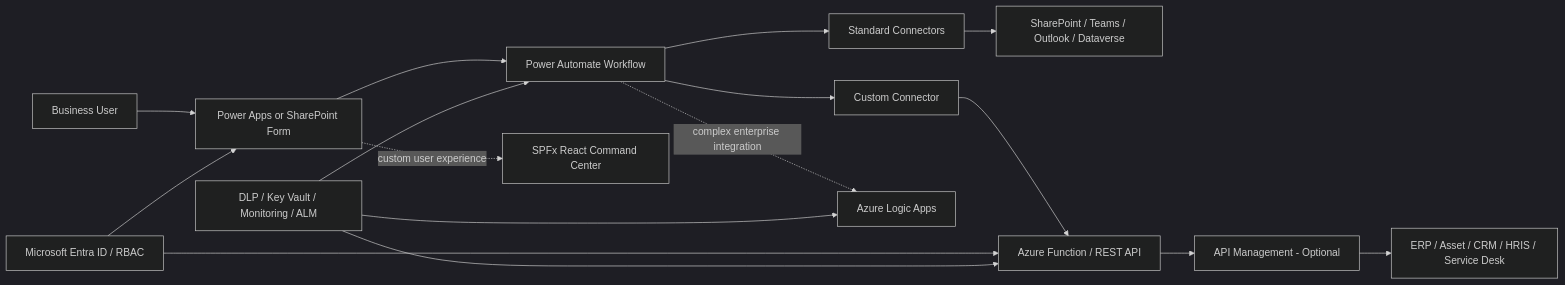
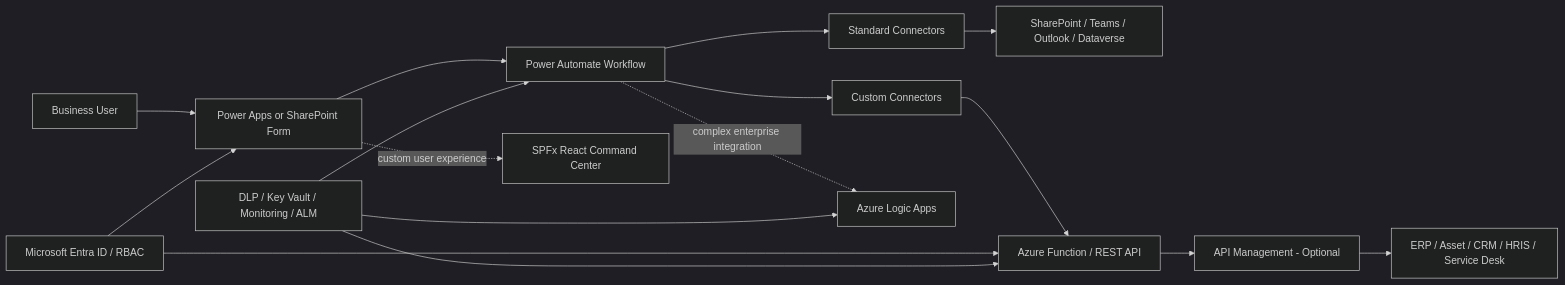
The diagram in diagrams/integration-modernization.mmd (SravanBogu/client-request-hub), drawn with Mermaid (dark theme) before and after one commit. The commit also changed 5 other files, not shown here.

```diff
--- a/diagrams/integration-modernization.mmd
+++ b/diagrams/integration-modernization.mmd
@@ -1,20 +1,20 @@
 flowchart LR
     U[Business User] --> APP[Power Apps or SharePoint Form]
     APP --> PP[Power Automate Workflow]
 
     PP --> SC[Standard Connectors]
     SC --> M365[SharePoint / Teams / Outlook / Dataverse]
 
-    PP --> CC[Custom Connector]
+    PP --> CC[Custom Connectors]
     CC --> API[Azure Function / REST API]
     API --> APIM[API Management - Optional]
     APIM --> LOB[ERP / Asset / CRM / HRIS / Service Desk]
 
     APP -. custom user experience .-> SPFX[SPFx React Command Center]
     PP -. complex enterprise integration .-> LA[Azure Logic Apps]
 
     ENTRA[Microsoft Entra ID / RBAC] --> APP
     ENTRA --> API
     GOV[DLP / Key Vault / Monitoring / ALM] --> PP
     GOV --> API
     GOV --> LA
```
